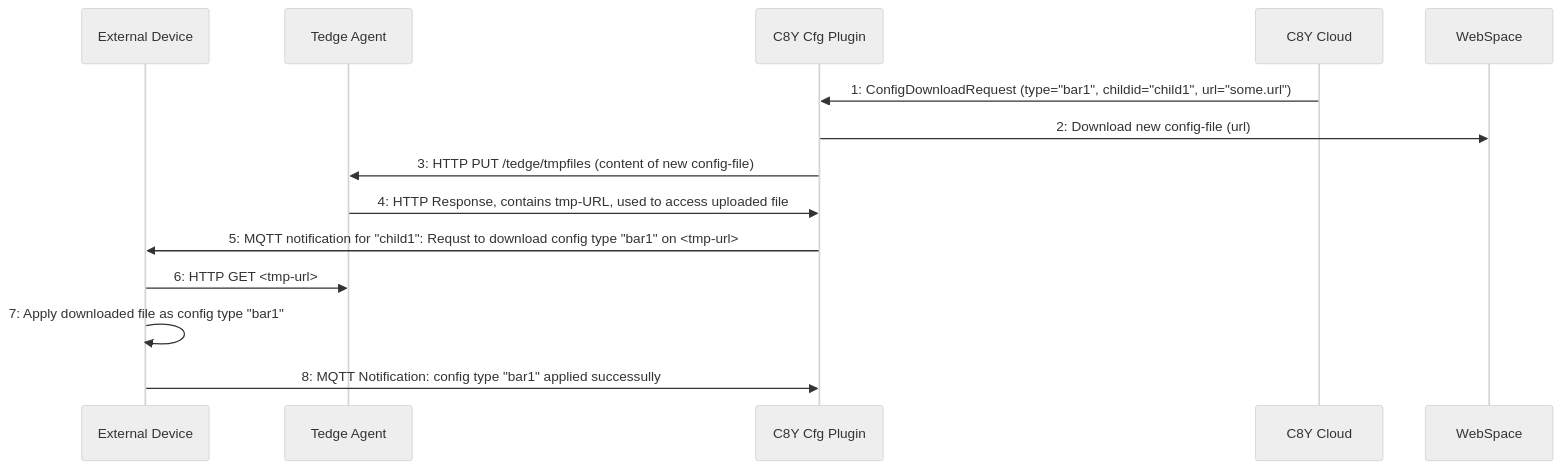
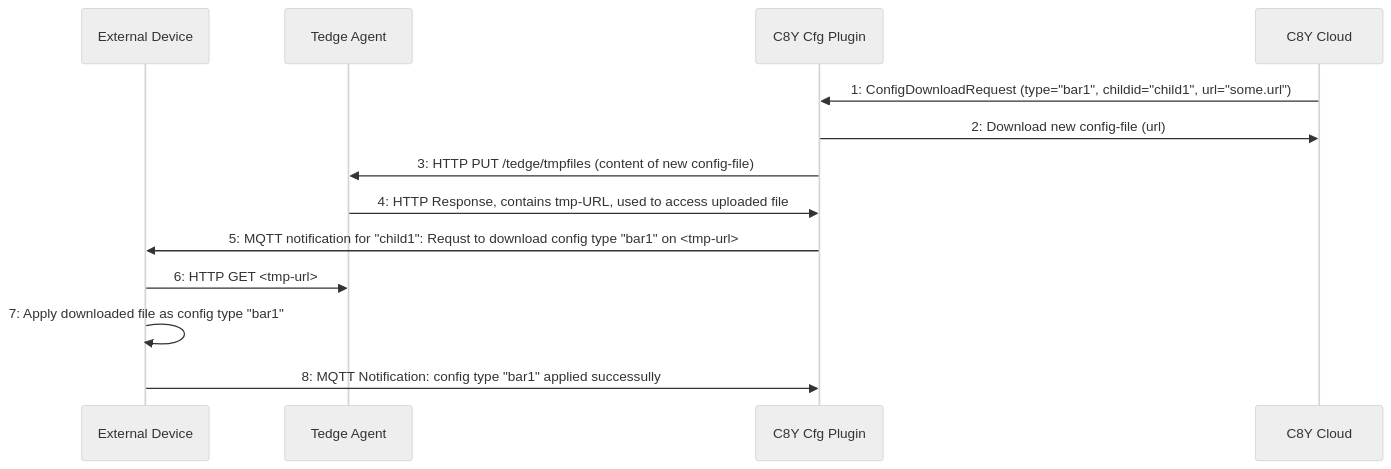
The second of 2 diagrams in docs/src/references/c8y-configuration-management.md (thin-edge/thin-edge.io), drawn with Mermaid (neutral theme) before and after one commit.

Commit message:
remove irritating WebSpace from sequence

````diff
--- a/docs/src/references/c8y-configuration-management.md
+++ b/docs/src/references/c8y-configuration-management.md
@@ -338,21 +338,20 @@
 ```mermaid
 sequenceDiagram
     participant External Device
     participant Tedge Agent
     participant C8Y Cfg Plugin
     participant C8Y Cloud
-    participant WebSpace
     
 
         C8Y Cloud->>C8Y Cfg Plugin: 1: ConfigDownloadRequest (type="bar1", childid="child1", url="some.url")
 
-        C8Y Cfg Plugin->>WebSpace: 2: Download new config-file (url)
+        C8Y Cfg Plugin->>C8Y Cloud: 2: Download new config-file (url)
         C8Y Cfg Plugin->>Tedge Agent: 3: HTTP PUT /tedge/tmpfiles (content of new config-file)
         Tedge Agent->>C8Y Cfg Plugin: 4: HTTP Response, contains tmp-URL, used to access uploaded file
 
         C8Y Cfg Plugin->>External Device: 5: MQTT notification for "child1": Requst to download config type "bar1" on <tmp-url>
 
         External Device->>Tedge Agent: 6: HTTP GET <tmp-url>
         External Device->>External Device: 7: Apply downloaded file as config type "bar1"
         External Device->>C8Y Cfg Plugin: 8: MQTT Notification: config type "bar1" applied successully
 ```
````
